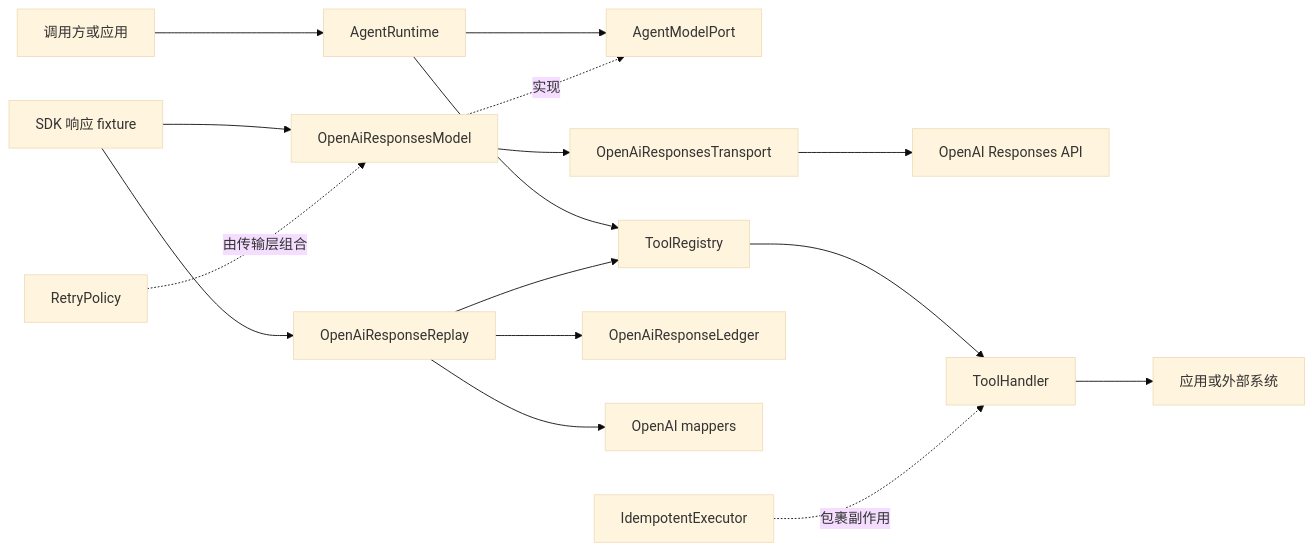
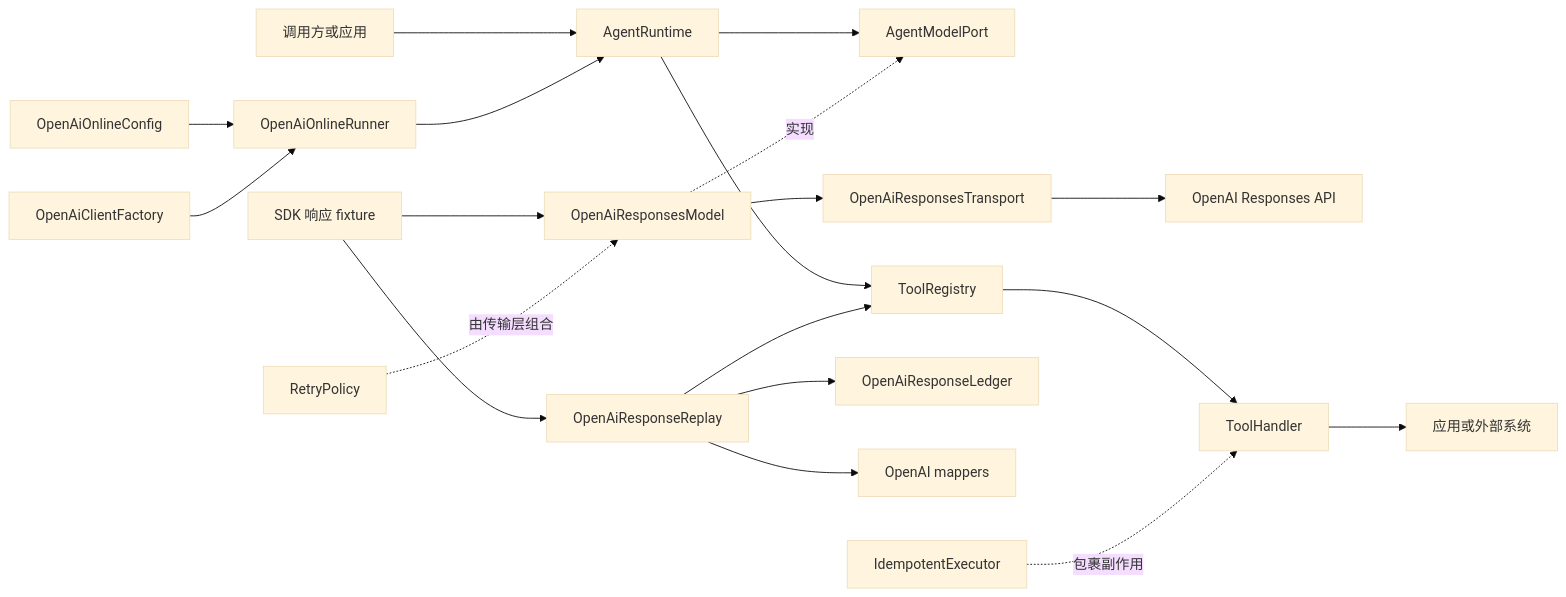
One commit to jamienlu/pickagent changed the first of 8 diagrams in responses-agent-runtime/docs/architecture.zh-CN.md. Above: the diagram before and after it, drawn with Mermaid (base theme). The commit also changed other lines of this file and 78 other files, not shown here.

````diff
--- a/responses-agent-runtime/docs/architecture.zh-CN.md
+++ b/responses-agent-runtime/docs/architecture.zh-CN.md
@@ -9,20 +9,23 @@
 ```mermaid
 flowchart LR
     User[调用方或应用] --> Runtime[AgentRuntime]
+    Online[OpenAiOnlineRunner] --> Runtime
+    Config[OpenAiOnlineConfig] --> Online
+    Client[OpenAiClientFactory] --> Online
     Runtime --> Port[AgentModelPort]
     ModelAdapter[OpenAiResponsesModel] -. 实现 .-> Port
     ModelAdapter --> Transport[OpenAiResponsesTransport]
     Transport --> Responses[OpenAI Responses API]
     Runtime --> Registry[ToolRegistry]
     Registry --> Handler[ToolHandler]
     Handler --> Domain[应用或外部系统]
 
     Fixture[SDK 响应 fixture] --> Replay[OpenAiResponseReplay]
     Fixture --> ModelAdapter
     Replay --> Registry
     Replay --> Ledger[OpenAiResponseLedger]
     Replay --> Mapper[OpenAI mappers]
 
     Retry[RetryPolicy] -. 由传输层组合 .-> ModelAdapter
     Idempotency[IdempotentExecutor] -. 包裹副作用 .-> Handler
 ```
````
